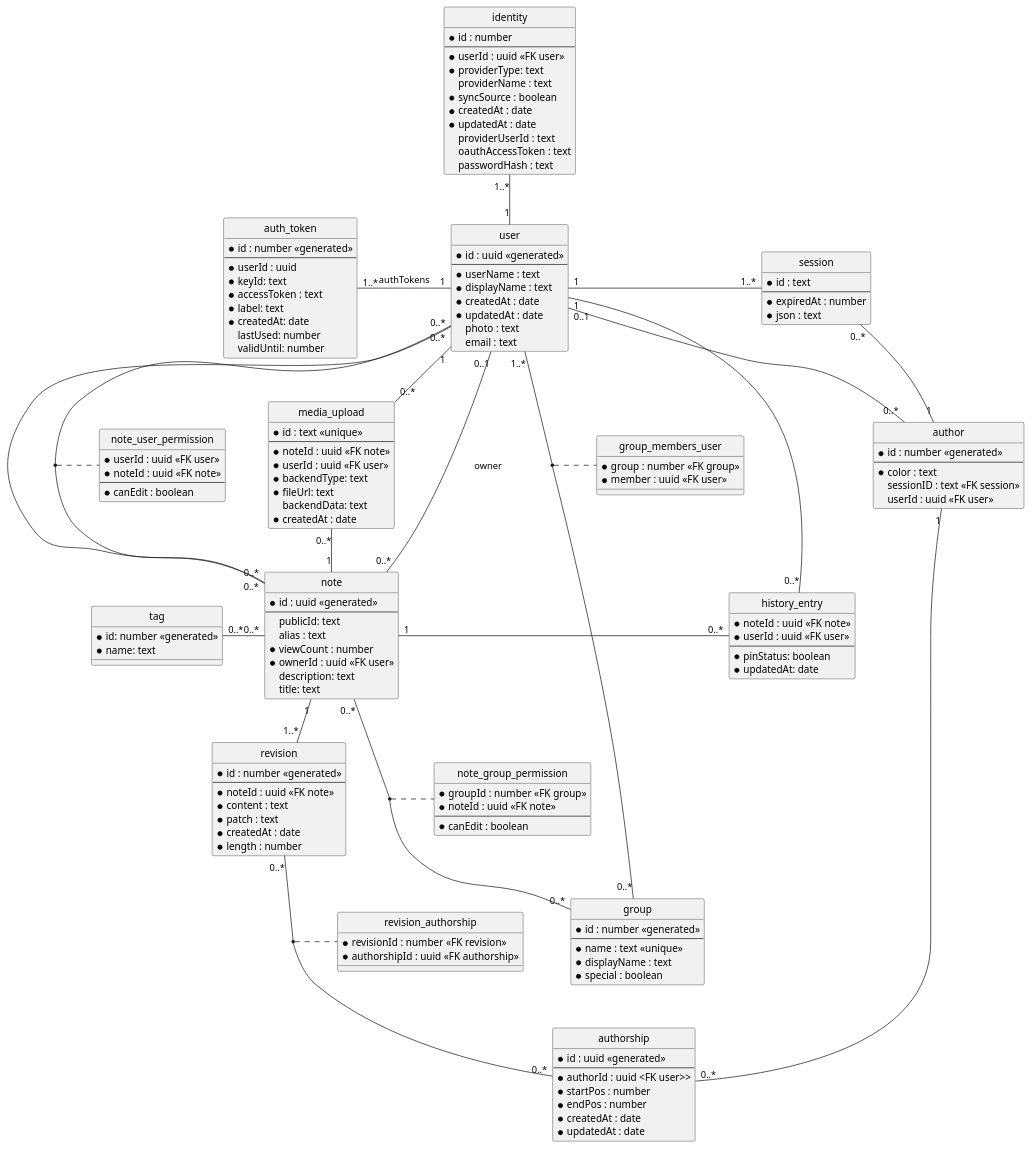
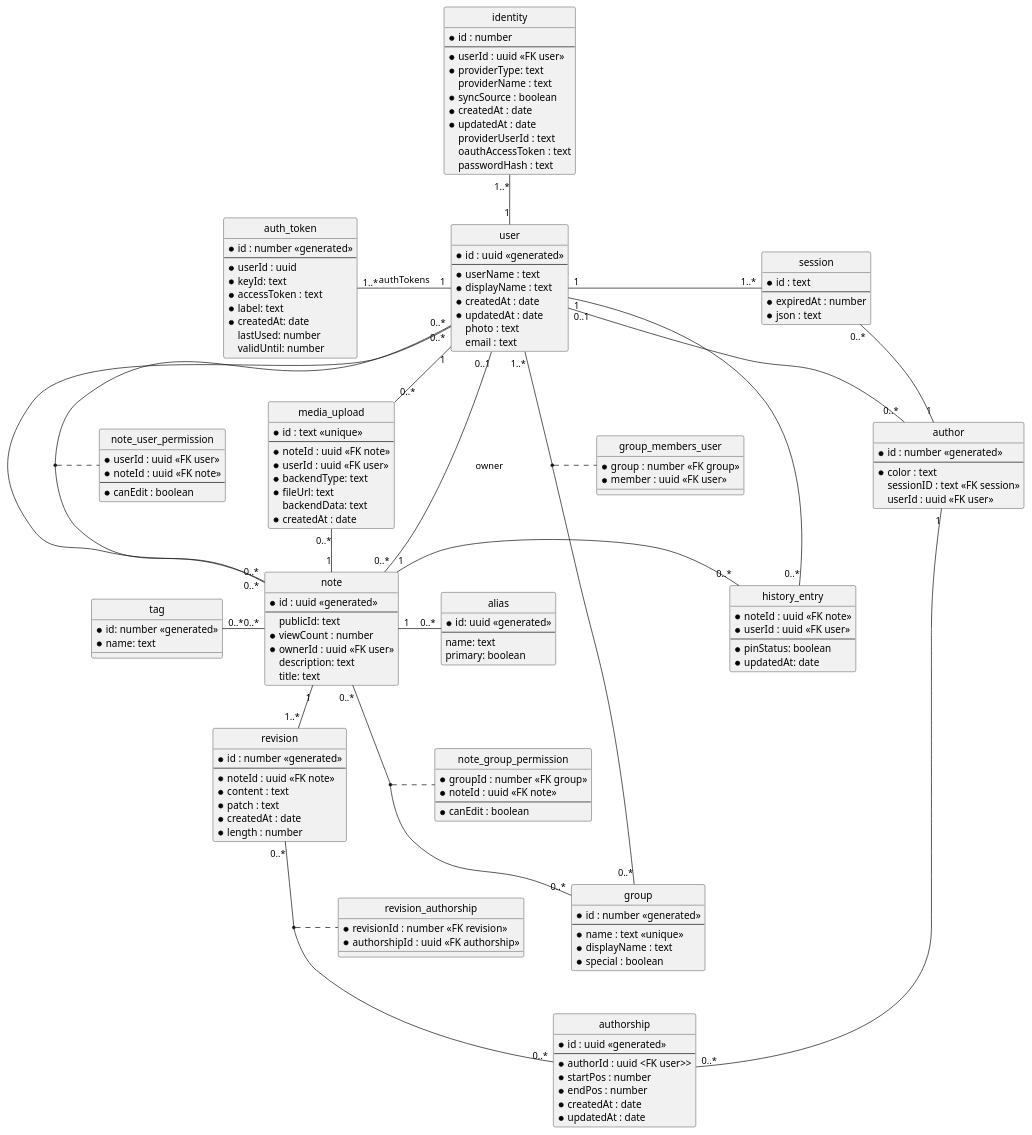
The diagram in docs/content/dev/db-schema.plantuml (hedgedoc/hedgedoc), drawn with PlantUML before and after one commit. The commit also changed 5 other files, not shown here.

```diff
--- a/docs/content/dev/db-schema.plantuml
+++ b/docs/content/dev/db-schema.plantuml
@@ -1,180 +1,188 @@
 @startuml
 hide circle
 skinparam nodesep 60
 
 entity "note" {
   *id : uuid <<generated>>
   --
   publicId: text
-  alias : text
   *viewCount : number
   *ownerId : uuid <<FK user>>
   description: text
   title: text
+}
+
+entity "alias" {
+  *id: uuid <<generated>>
+  ---
+  name: text
+  ' If the alias is primary. Can be NULL, which means it's not primary
+  primary: boolean
 }
 
 entity "user" {
   *id : uuid <<generated>>
   --
   *userName : text
   *displayName : text
   *createdAt : date
   *updatedAt : date
   photo : text
   email : text
 }
 
 entity "auth_token"{
   *id : number <<generated>>
   --
   *userId : uuid
   *keyId: text
   *accessToken : text
   *label: text
   *createdAt: date
   lastUsed: number
   validUntil: number
 }
 
 entity "identity" {
   *id : number
   --
   *userId : uuid <<FK user>>
   *providerType: text
   ' Identifies the external login provider and is set in the config
   providerName : text
   *syncSource : boolean
   *createdAt : date
   *updatedAt : date
   ' The unique identifier of a user from the login provider
   providerUserId : text
   ' Token used to access the OAuth provider in the users name. Can be NULL
   oauthAccessToken : text
   ' Password hash. Can be NULL
   passwordHash : text
 }
 
 entity "session" {
   *id : text
   --
   *expiredAt : number
   *json : text
 }
 
 
 entity "revision" {
   *id : number <<generated>>
   --
   *noteId : uuid <<FK note>>
   *content : text
   *patch : text
   *createdAt : date
   *length : number
 }
 
 entity "authorship" {
   *id : uuid <<generated>>
   --
   *authorId : uuid <FK user>>
   *startPos : number
   *endPos : number
   *createdAt : date
   *updatedAt : date
 }
 
 entity "revision_authorship" {
   *revisionId : number <<FK revision>>
   *authorshipId : uuid <<FK authorship>>
 }
 
 entity "author" {
   *id : number <<generated>>
   --
   *color : text
   sessionID : text <<FK session>>
   userId : uuid <<FK user>>
 }
 
 
 entity "note_user_permission" {
   *userId : uuid <<FK user>>
   *noteId : uuid <<FK note>>
   --
   *canEdit : boolean
 }
 
 entity "group" {
   *id : number <<generated>>
   --
   *name : text <<unique>>
   *displayName : text
   ' Is set to denote a special group
   ' Special groups are used to map the old share settings like "everyone can edit"
   ' or "logged in users can view" to the group permission system
   *special : boolean
   }
 
 entity "note_group_permission" {
   *groupId : number <<FK group>>
   *noteId : uuid <<FK note>>
   --
   *canEdit : boolean
 }
 
 entity "group_members_user" {
   *group : number <<FK group>>
   *member : uuid <<FK user>>
 }
 
 entity "tag" {
   *id: number <<generated>>
   *name: text
 }
 
 entity "media_upload" {
   *id : text <<unique>>
   --
   *noteId : uuid <<FK note>>
   *userId : uuid <<FK user>>
   *backendType: text
   *fileUrl: text
   backendData: text
   *createdAt : date
 }
 
 entity "history_entry" {
   *noteId : uuid <<FK note>>
   *userId : uuid <<FK user>>
   --
   *pinStatus: boolean
   *updatedAt: date
 }
 
 user "0..1" -- "0..*" note: owner
 user "1" -u- "1..*" identity
 user "1" -l- "1..*" auth_token: authTokens
 user "1" -r- "1..*" session
 user "1" -- "0..*" media_upload
 user "1" -- "0..*" history_entry
 user "0..*" -- "0..*" note
 user "0..1" -- "0..*" author
 
 author "1" -- "0..*" authorship
 author "1" -u- "0..*" session
 
 revision "0..*" -- "0..*" authorship
 (revision, authorship) .. revision_authorship
 
 media_upload "0..*"  -- "1" note
 note "1" -d- "1..*" revision
 note "1" - "0..*" history_entry
 note "0..*" -l- "0..*" tag
+note "1" - "0..*" alias
 note "0..*" -- "0..*" group
 user "1..*" -- "0..*" group
 
 user "0..*" -- "0..*" note
 (user, note) . note_user_permission
 (note, group) . note_group_permission
 (user, group) . group_members_user
 
 @enduml
```
